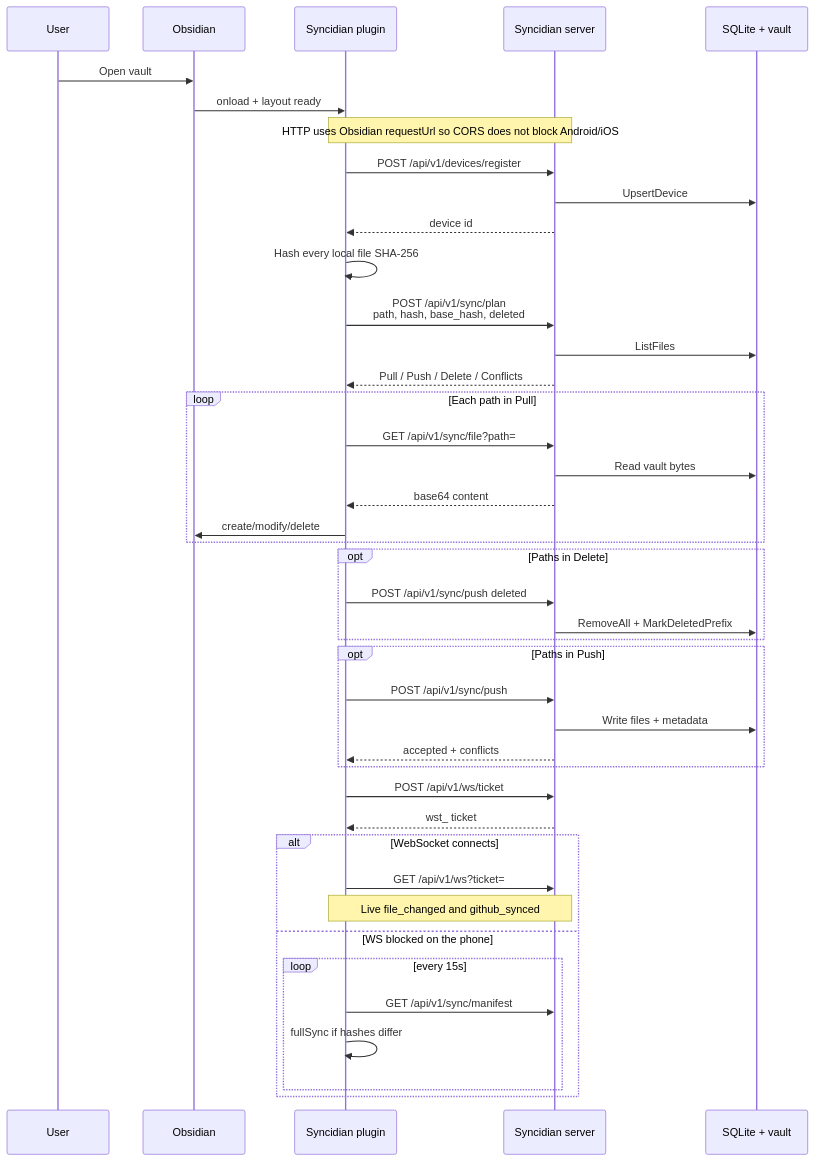
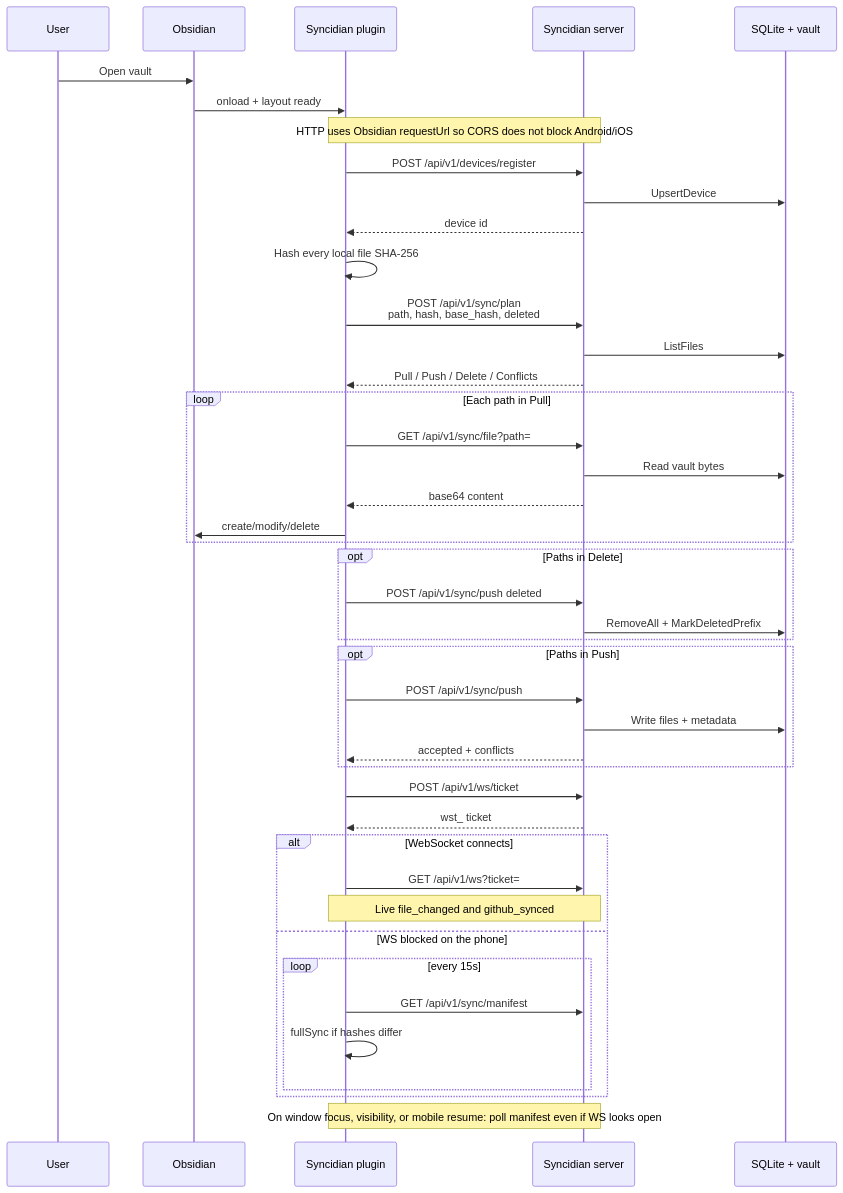
The fifth of 13 diagrams in docs/architecture.md (shangeethsivan/Syncidian), drawn with Mermaid before and after one commit. The commit also changed other lines of this file and 5 other files, not shown here.

````diff
--- a/docs/architecture.md
+++ b/docs/architecture.md
@@ -163,50 +163,51 @@
 ```mermaid
 sequenceDiagram
   participant User
   participant Obsidian
   participant Plugin as Syncidian plugin
   participant API as Syncidian server
   participant DB as SQLite + vault
 
   User->>Obsidian: Open vault
   Obsidian->>Plugin: onload + layout ready
   Note over Plugin,API: HTTP uses Obsidian requestUrl so CORS does not block Android/iOS
   Plugin->>API: POST /api/v1/devices/register
   API->>DB: UpsertDevice
   API-->>Plugin: device id
 
   Plugin->>Plugin: Hash every local file SHA-256
   Plugin->>API: POST /api/v1/sync/plan<br/>path, hash, base_hash, deleted
   API->>DB: ListFiles
   API-->>Plugin: Pull / Push / Delete / Conflicts
 
   loop Each path in Pull
     Plugin->>API: GET /api/v1/sync/file?path=
     API->>DB: Read vault bytes
     API-->>Plugin: base64 content
     Plugin->>Obsidian: create/modify/delete
   end
 
   opt Paths in Delete
     Plugin->>API: POST /api/v1/sync/push deleted
     API->>DB: RemoveAll + MarkDeletedPrefix
   end
 
   opt Paths in Push
     Plugin->>API: POST /api/v1/sync/push
     API->>DB: Write files + metadata
     API-->>Plugin: accepted + conflicts
   end
 
   Plugin->>API: POST /api/v1/ws/ticket
   API-->>Plugin: wst_ ticket
   alt WebSocket connects
     Plugin->>API: GET /api/v1/ws?ticket=
     Note over Plugin,API: Live file_changed and github_synced
   else WS blocked on the phone
     loop every 15s
       Plugin->>API: GET /api/v1/sync/manifest
       Plugin->>Plugin: fullSync if hashes differ
     end
   end
+  Note over Plugin,API: On window focus, visibility, or mobile resume: poll manifest even if WS looks open
 ```
````
